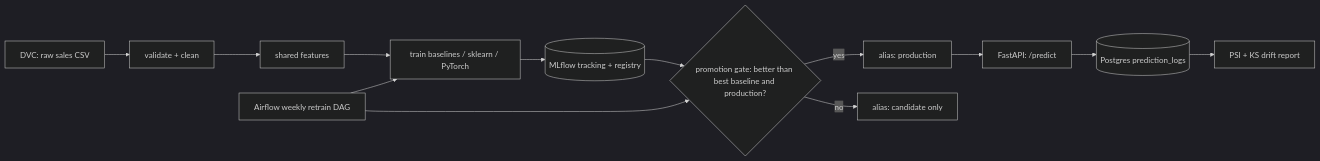
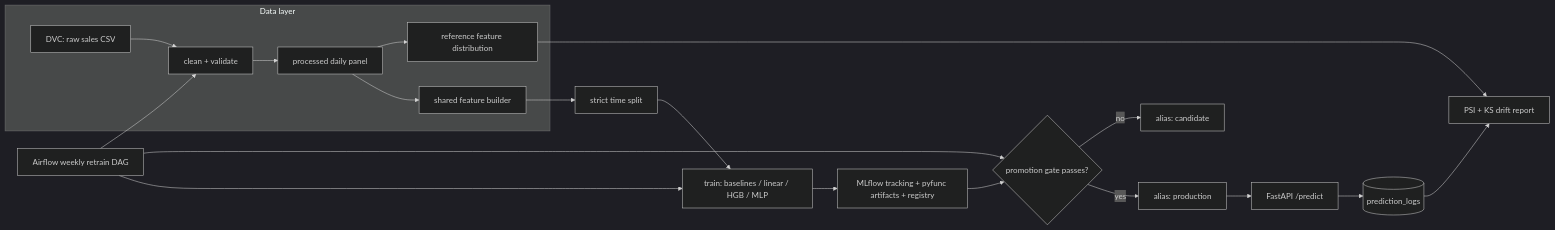
The diagram in README.md (xxshcoder/Demand-Forecasting), drawn with Mermaid (dark theme) before and after one commit. The commit also changed other lines of this file and 1 other file, not shown here.

````diff
--- a/README.md
+++ b/README.md
@@ -7,14 +43,25 @@
 ```mermaid
 flowchart LR
-    RAW[DVC: raw sales CSV] --> VAL[validate + clean] --> FEAT[shared features]
-    FEAT --> TR[train baselines / sklearn / PyTorch]
-    TR --> ML[(MLflow tracking + registry)]
-    ML --> GATE{promotion gate: better than best baseline and production?}
+    subgraph DataLayer[Data layer]
+        RAW[DVC: raw sales CSV] --> CLEAN[clean + validate]
+        CLEAN --> SALES[processed daily panel]
+        SALES --> FEAT[shared feature builder]
+        SALES --> REF[reference feature distribution]
+    end
+
+    FEAT --> SPLIT[strict time split]
+    SPLIT --> TRAIN[train: baselines / linear / HGB / MLP]
+    TRAIN --> ML[MLflow tracking + pyfunc artifacts + registry]
+    ML --> GATE{promotion gate passes?}
     GATE -->|yes| PROD[alias: production]
-    GATE -->|no| CAND[alias: candidate only]
-    PROD --> API[FastAPI: /predict]
-    DAG[Airflow weekly retrain DAG] --> TR
+    GATE -->|no| CAND[alias: candidate]
+
+    PROD --> API[FastAPI /predict]
+    DAG[Airflow weekly retrain DAG] --> CLEAN
+    DAG --> TRAIN
     DAG --> GATE
-    API --> LOGS[(Postgres prediction_logs)]
+
+    API --> LOGS[(prediction_logs)]
     LOGS --> MON[PSI + KS drift report]
+    REF --> MON
 ```
````
